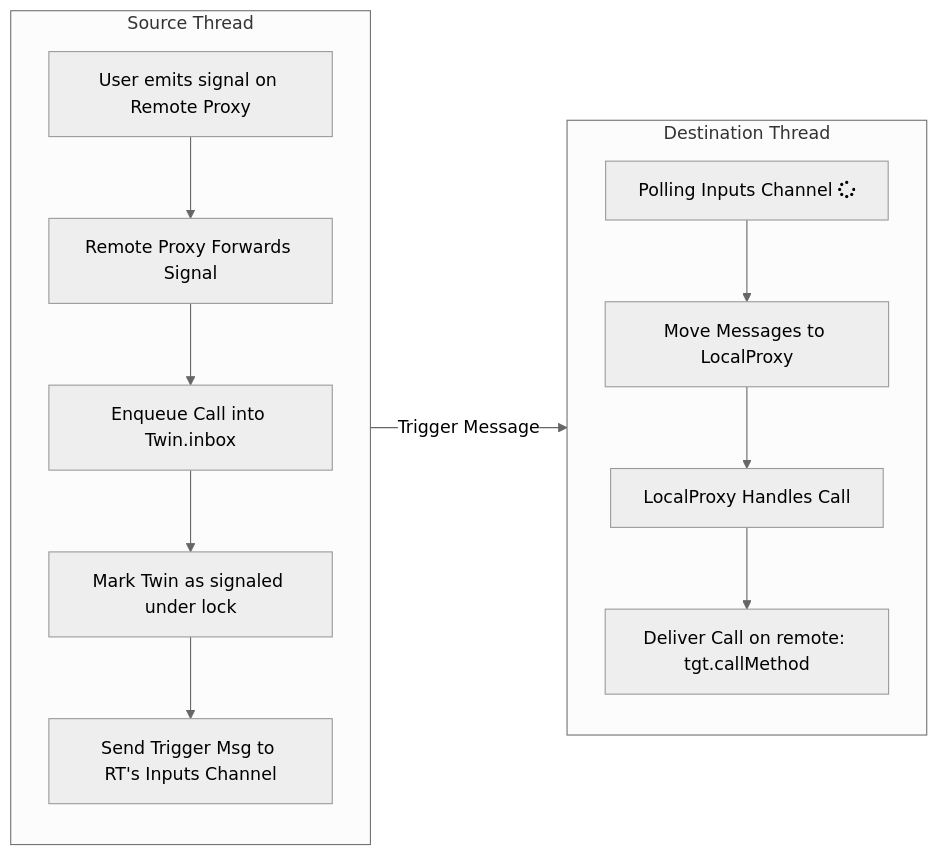
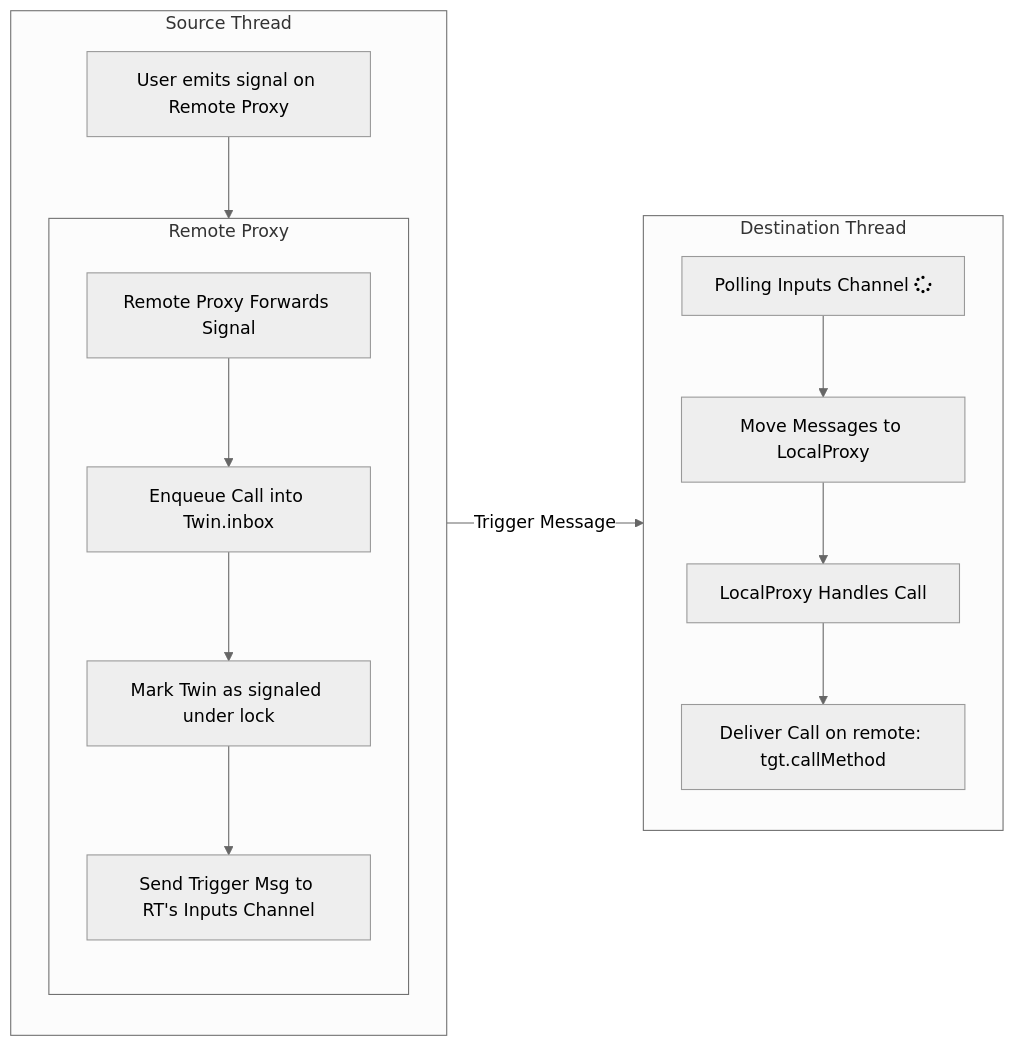
One commit to elcritch/sigils changed the first of 2 diagrams in docs/threading.md. Above: the diagram before and after it, drawn with Mermaid (neutral theme).

Commit message:
add threading docs

````diff
--- a/docs/threading.md
+++ b/docs/threading.md
@@ -175,21 +175,26 @@
 ```mermaid
 flowchart LR
   subgraph ST[Source Thread]
+    direction TB
     Caller[User emits signal on Remote Proxy];
-    LP[Remote Proxy Forwards Signal];
-    Enqueue[Enqueue Call into Twin.inbox];
-    Mark[Mark Twin as signaled under lock];
+    subgraph RP[Remote Proxy]
+      direction TB
+      LP[Remote Proxy Forwards Signal];
+      Enqueue[Enqueue Call into Twin.inbox];
+      Mark[Mark Twin as signaled under lock];
+      LP --> Enqueue --> Mark --> Trigger;
+    end
     Trigger[Send Trigger Msg to RT's Inputs Channel];
-    Caller --> LP --> Enqueue --> Mark --> Trigger;
+    Caller --> RP;
   end
 
   subgraph DT[Destination Thread]
     RX[Polling Inputs Channel fa:fa-spinner];
     Triggered[Move Messages to LocalProxy];
     Twin[LocalProxy Handles Call];
     Deliver[Deliver Call on remote: tgt.callMethod];
     RX --> Triggered --> Twin --> Deliver;
   end
 
   ST --Trigger Message--> DT;
 ```
````
